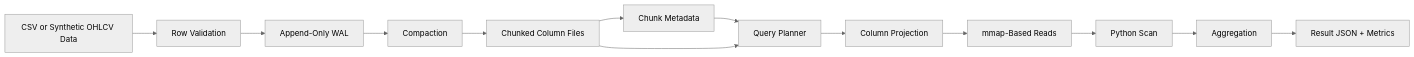
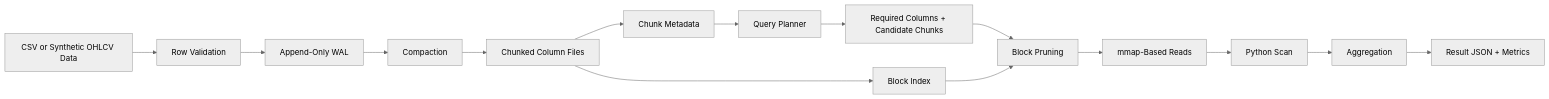
One commit to pitaleabhishek/tickdb changed the first of 2 diagrams in docs/architecture.md. Above: the diagram before and after it, drawn with Mermaid (neutral theme). The commit also changed other lines of this file and 14 other files, not shown here.

Commit message:
Add intra-chunk block index for finer-grained pruning

````diff
--- a/docs/architecture.md
+++ b/docs/architecture.md
@@ -5,15 +5,17 @@
 ```mermaid
 flowchart LR
     A[CSV or Synthetic OHLCV Data] --> B[Row Validation]
     B --> C[Append-Only WAL]
     C --> D[Compaction]
     D --> E[Chunked Column Files]
     E --> F[Chunk Metadata]
     F --> G[Query Planner]
-    E --> G
-    G --> H[Column Projection]
-    H --> I[mmap-Based Reads]
-    I --> J[Python Scan]
-    J --> K[Aggregation]
-    K --> L[Result JSON + Metrics]
+    G --> H[Required Columns + Candidate Chunks]
+    E --> I[Block Index]
+    H --> J[Block Pruning]
+    I --> J
+    J --> K[mmap-Based Reads]
+    K --> L[Python Scan]
+    L --> M[Aggregation]
+    M --> N[Result JSON + Metrics]
 ```
````
